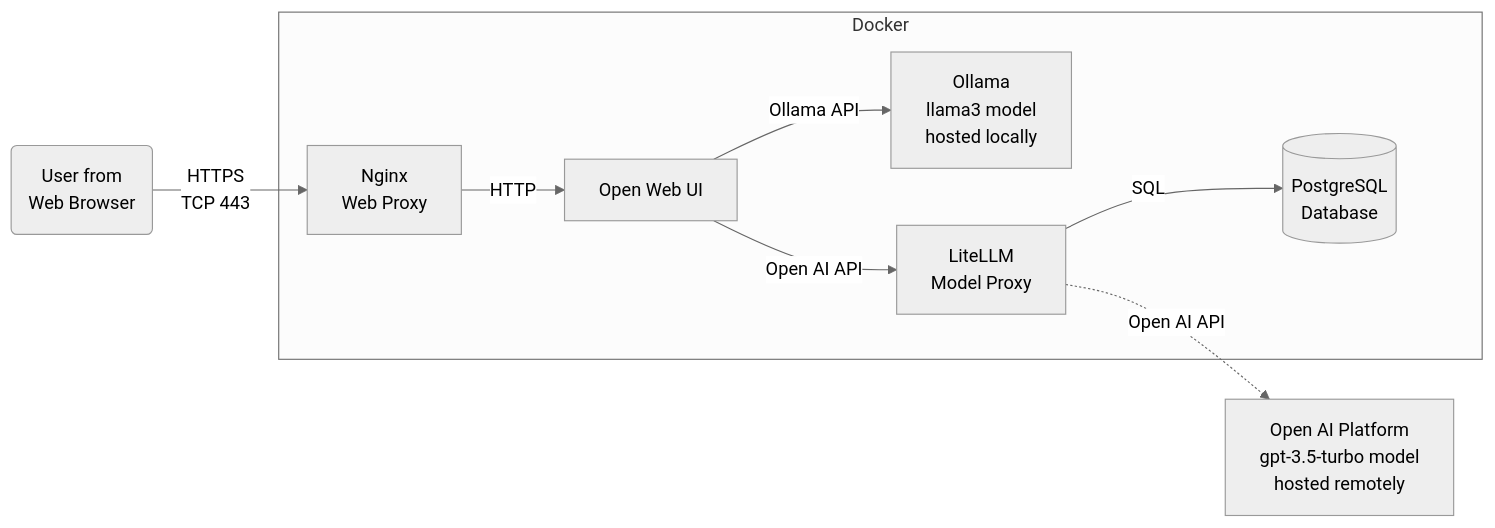
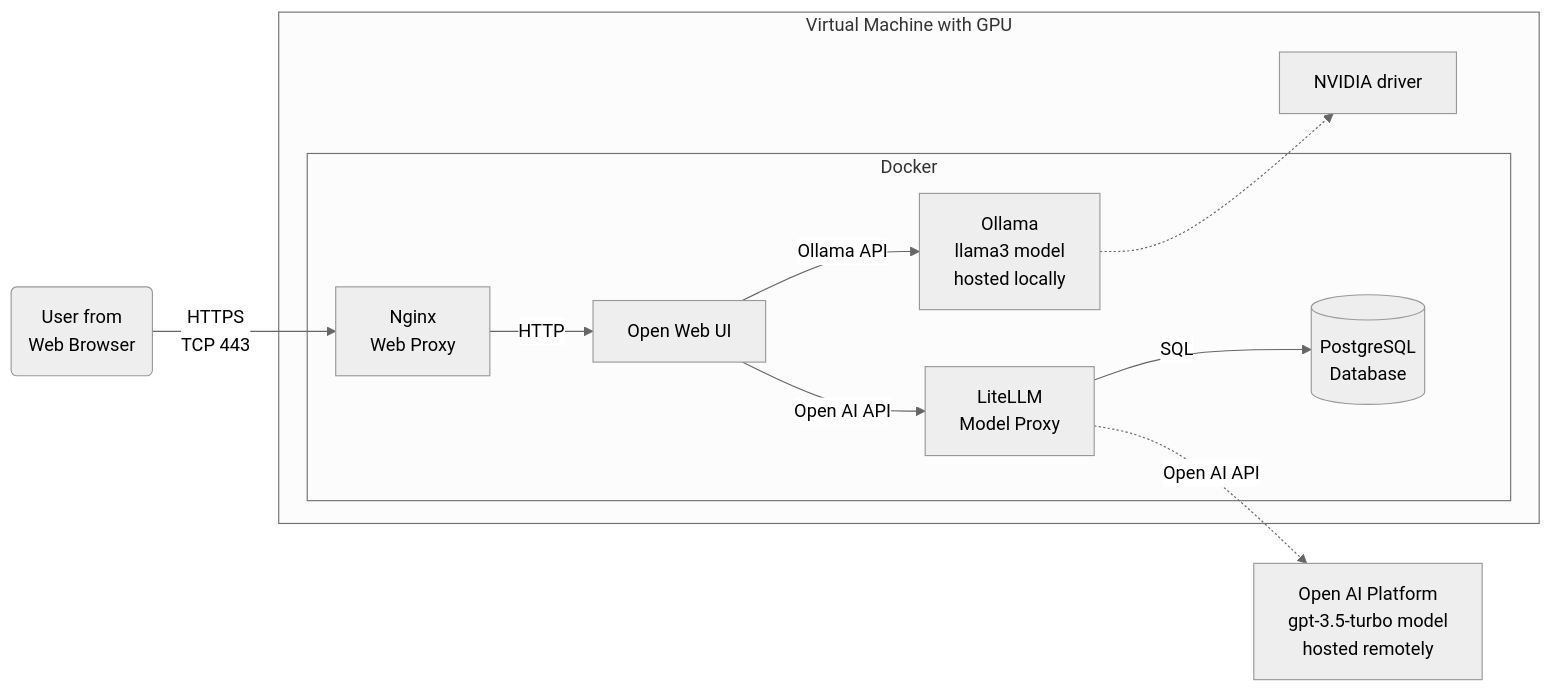
Before and after one commit to digihunch/chat-service: the diagram in README.md, drawn with Mermaid (neutral theme). The commit also changed other lines of this file, not shown here.

````diff
--- a/README.md
+++ b/README.md
@@ -7,11 +7,14 @@
 ```mermaid
 graph LR;
     A(User from\nWeb Browser) --> |HTTPS\n TCP 443|B[Nginx \n Web Proxy];
+    subgraph Virtual Machine with GPU
     subgraph Docker 
     B -->|HTTP| C[Open Web UI]
     C -->|Ollama API| D[Ollama\n llama3 model\nhosted locally];
     C -->|Open AI API| E[LiteLLM\n Model Proxy];
     E -->|SQL| F[(PostgreSQL\n Database)];
     end
-    E -.->|Open AI API| G[Open AI Platform\ngpt-3.5-turbo model\nhosted remotely];
+    D -.-> G[NVIDIA driver]
+    end
+    E -.->|Open AI API| H[Open AI Platform\ngpt-3.5-turbo model\nhosted remotely];
 ```
````
